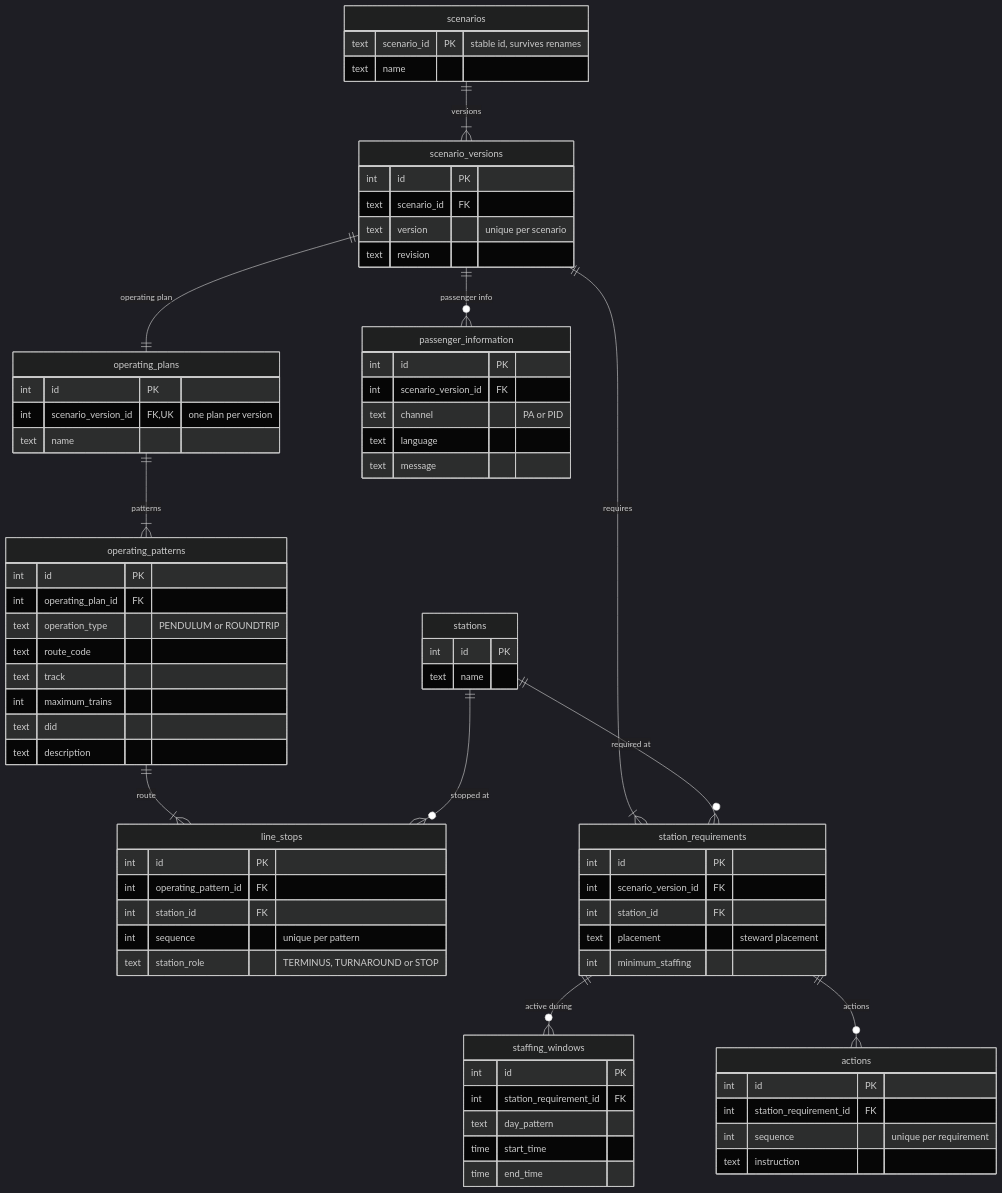
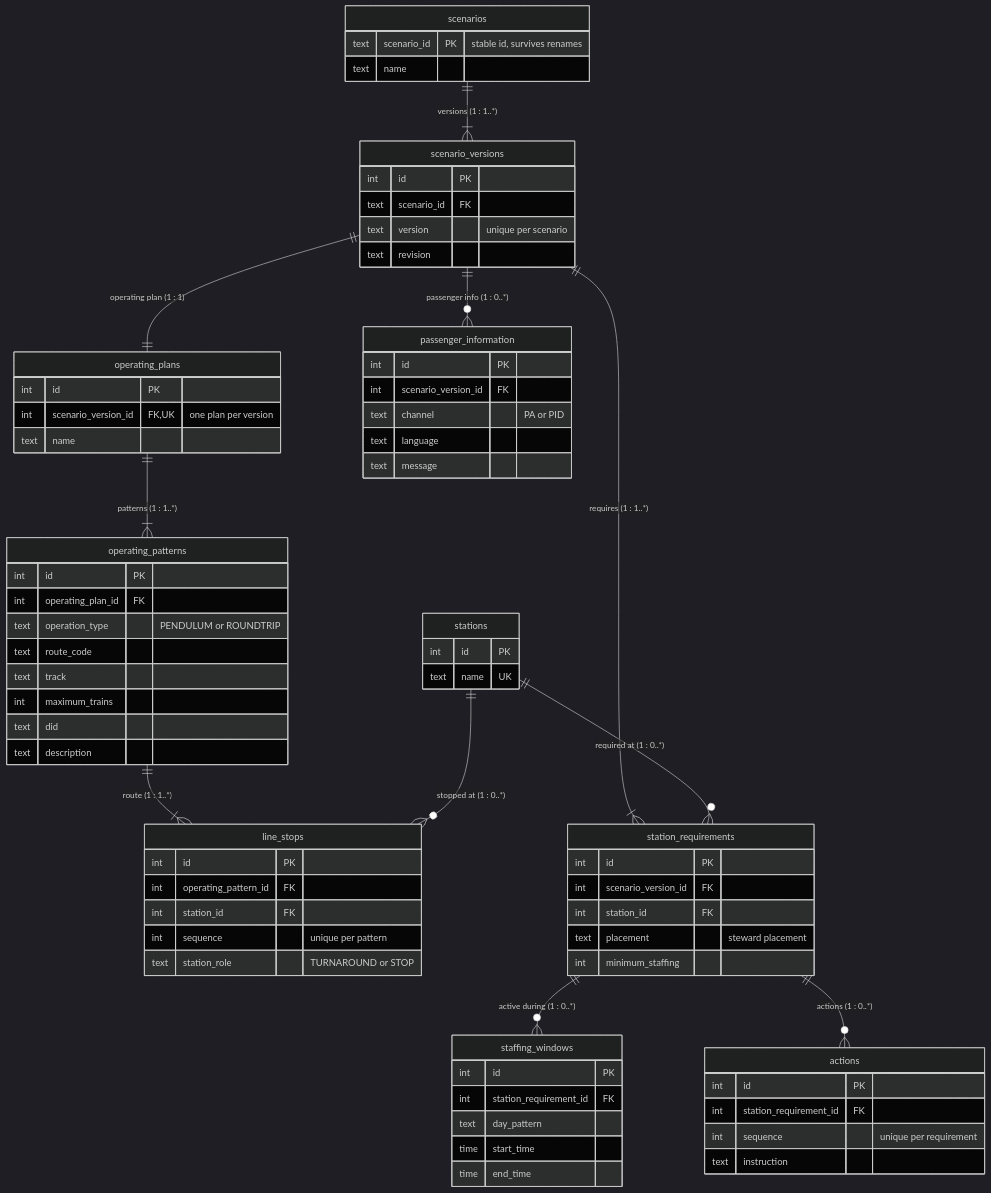
One commit to aau-cph-sw5/case-a-emergency-scenarios changed the diagram in docs/diagrams/scenario-ER-diagram/metro_scenario_ER_diagram_documented.md. Above: the diagram before and after it, drawn with Mermaid (dark theme). The commit also changed other lines of this file, not shown here.

Commit message:
Added cardinalities to the diagram and edited ER-D documentation

````diff
--- a/docs/diagrams/scenario-ER-diagram/metro_scenario_ER_diagram_documented.md
+++ b/docs/diagrams/scenario-ER-diagram/metro_scenario_ER_diagram_documented.md
@@ -13,77 +13,77 @@
 ```mermaid
 erDiagram
     scenarios {
         text scenario_id PK "stable id, survives renames"
         text name
     }
     scenario_versions {
         int id PK
         text scenario_id FK
         text version "unique per scenario"
         text revision
     }
     stations {
         int id PK
-        text name
+        text name UK
     }
     operating_plans {
         int id PK
         int scenario_version_id FK, UK "one plan per version"
         text name
     }
     operating_patterns {
         int id PK
         int operating_plan_id FK
         text operation_type "PENDULUM or ROUNDTRIP"
         text route_code
         text track
         int maximum_trains
         text did
         text description
     }
     line_stops {
         int id PK
         int operating_pattern_id FK
         int station_id FK
         int sequence "unique per pattern"
-        text station_role "TERMINUS, TURNAROUND or STOP"
+        text station_role "TURNAROUND or STOP"
     }
     station_requirements {
         int id PK
         int scenario_version_id FK
         int station_id FK
         text placement "steward placement"
         int minimum_staffing
     }
     staffing_windows {
         int id PK
         int station_requirement_id FK
         text day_pattern
         time start_time
         time end_time
     }
     actions {
         int id PK
         int station_requirement_id FK
         int sequence "unique per requirement"
         text instruction
     }
     passenger_information {
         int id PK
         int scenario_version_id FK
         text channel "PA or PID"
         text language
         text message
     }
 
-    scenarios ||--|{ scenario_versions : "versions"
-    scenario_versions ||--|| operating_plans : "operating plan"
-    operating_plans ||--|{ operating_patterns : "patterns"
-    operating_patterns ||--|{ line_stops : "route"
-    stations ||--o{ line_stops : "stopped at"
-    scenario_versions ||--|{ station_requirements : "requires"
-    stations ||--o{ station_requirements : "required at"
-    station_requirements ||--o{ staffing_windows : "active during"
-    station_requirements ||--o{ actions : "actions"
-    scenario_versions ||--o{ passenger_information : "passenger info"
+    scenarios ||--|{ scenario_versions : "versions (1 : 1..*)"
+    scenario_versions ||--|| operating_plans : "operating plan (1 : 1)"
+    operating_plans ||--|{ operating_patterns : "patterns (1 : 1..*)"
+    operating_patterns ||--|{ line_stops : "route (1 : 1..*)"
+    stations ||--o{ line_stops : "stopped at (1 : 0..*)"
+    scenario_versions ||--|{ station_requirements : "requires (1 : 1..*)"
+    stations ||--o{ station_requirements : "required at (1 : 0..*)"
+    station_requirements ||--o{ staffing_windows : "active during (1 : 0..*)"
+    station_requirements ||--o{ actions : "actions (1 : 0..*)"
+    scenario_versions ||--o{ passenger_information : "passenger info (1 : 0..*)"
 ```
````
